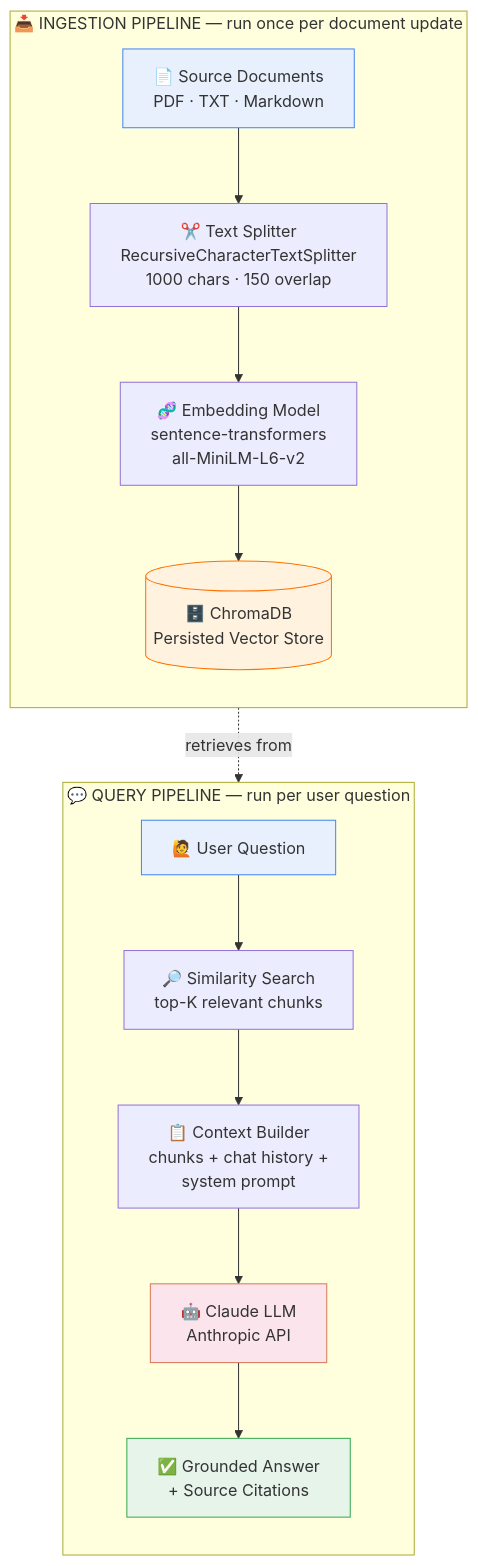
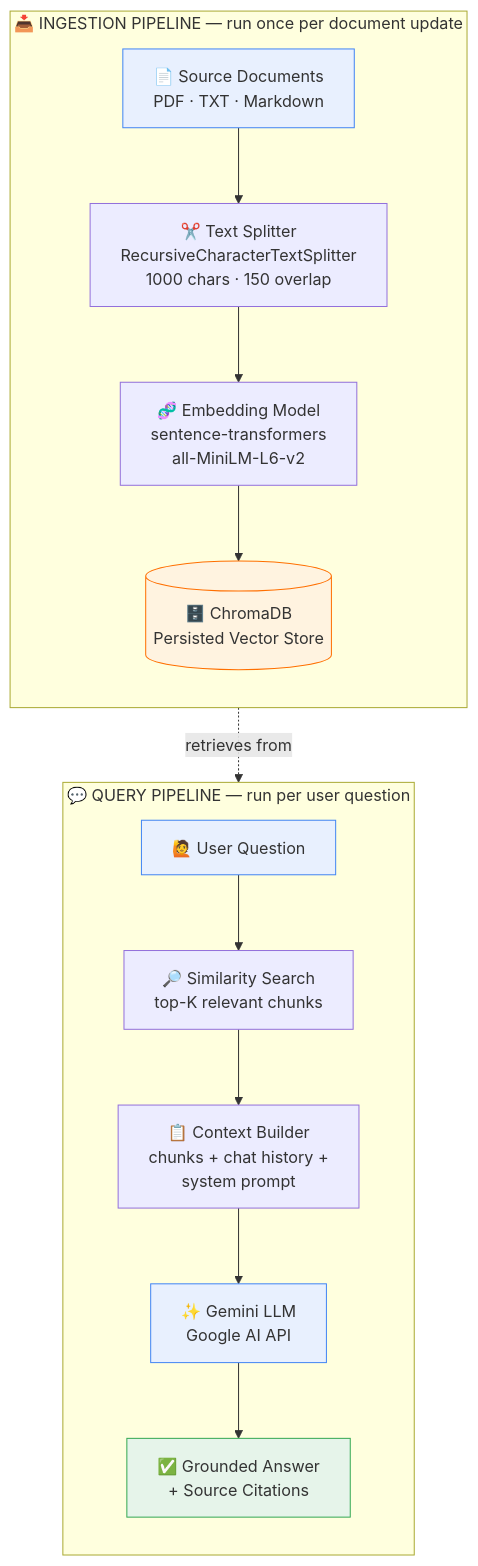
Before and after one commit to Pcd0015/RAG-CHATBOT: the diagram in README.md, drawn with Mermaid. The commit also changed other lines of this file, not shown here.

First line of the commit message:
Replace Claude API with Google Gemini API in README

````diff
--- a/README.md
+++ b/README.md
@@ -64,24 +66,24 @@
 ```mermaid
 flowchart TD
     subgraph INGEST["📥 INGESTION PIPELINE — run once per document update"]
         direction TB
         A["📄 Source Documents<br/>PDF · TXT · Markdown"] --> B["✂️ Text Splitter<br/>RecursiveCharacterTextSplitter<br/>1000 chars · 150 overlap"]
         B --> C["🧬 Embedding Model<br/>sentence-transformers<br/>all-MiniLM-L6-v2"]
         C --> D[("🗄️ ChromaDB<br/>Persisted Vector Store")]
     end
 
     subgraph QUERY["💬 QUERY PIPELINE — run per user question"]
         direction TB
         E["🙋 User Question"] --> F["🔎 Similarity Search<br/>top-K relevant chunks"]
         D -.retrieves from.-> F
         F --> G["📋 Context Builder<br/>chunks + chat history +<br/>system prompt"]
-        G --> H["🤖 Claude LLM<br/>Anthropic API"]
+        G --> H["✨ Gemini LLM<br/>Google AI API"]
         H --> I["✅ Grounded Answer<br/>+ Source Citations"]
     end
 
     style A fill:#e8f0fe,stroke:#4285f4
     style D fill:#fff3e0,stroke:#ff6f00
     style E fill:#e8f0fe,stroke:#4285f4
-    style H fill:#fce4ec,stroke:#d97757
+    style H fill:#e8f0fe,stroke:#4285f4
     style I fill:#e6f4ea,stroke:#34a853
 ```
````
